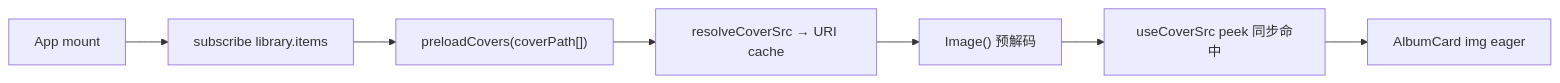
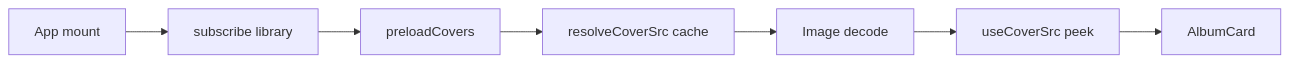
Before and after one commit to aDarkMaker/JMFM: the third of 4 diagrams in docs/architecture/ui.md, drawn with Mermaid. The commit also changed other lines of this file and 20 other files, not shown here.

Commit message:
docs: fix mermaid diagrams and tighten wiki copy

````diff
--- a/docs/architecture/ui.md
+++ b/docs/architecture/ui.md
@@ -75,9 +75,9 @@
 ```mermaid
 flowchart LR
-    app["App mount"] --> sub["subscribe library.items"]
-    sub --> preload["preloadCovers(coverPath[])"]
-    preload --> uri["resolveCoverSrc → URI cache"]
-    uri --> decode["Image() 预解码"]
-    decode --> hook["useCoverSrc peek 同步命中"]
-    hook --> card["AlbumCard img eager"]
+    app[App mount] --> sub[subscribe library]
+    sub --> preload[preloadCovers]
+    preload --> uri[resolveCoverSrc cache]
+    uri --> decode[Image decode]
+    decode --> hook[useCoverSrc peek]
+    hook --> card[AlbumCard]
 ```
````
